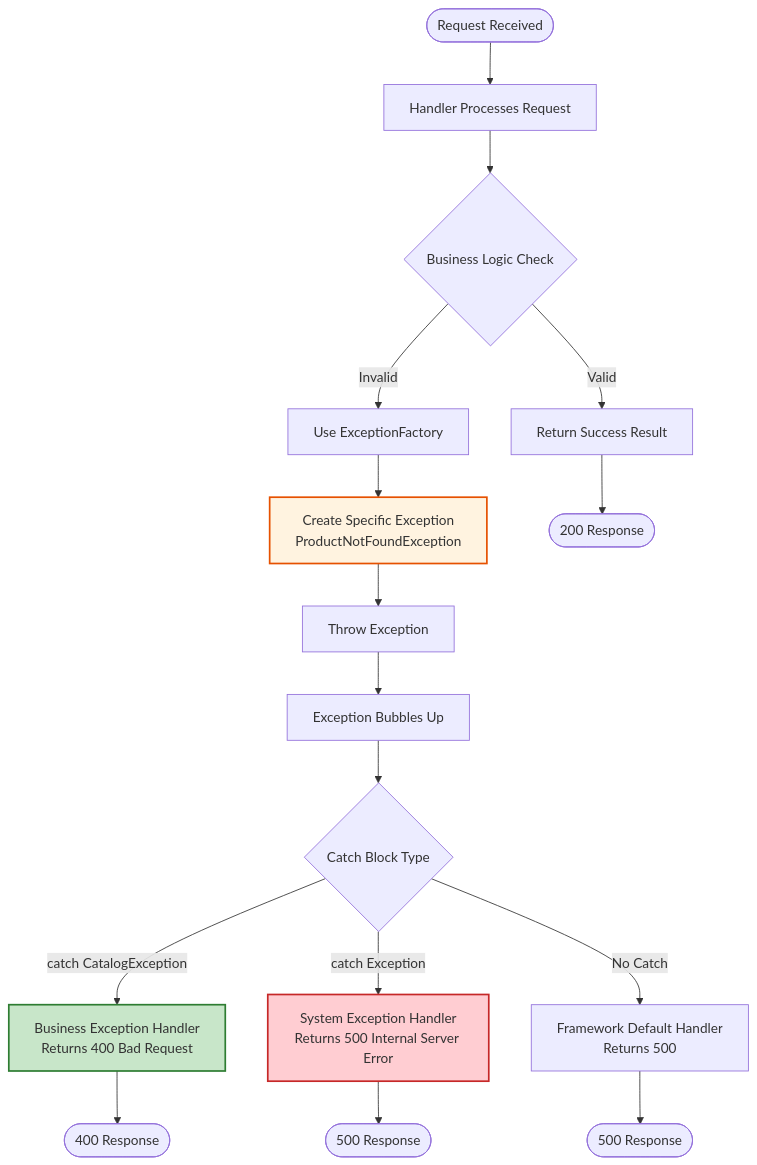
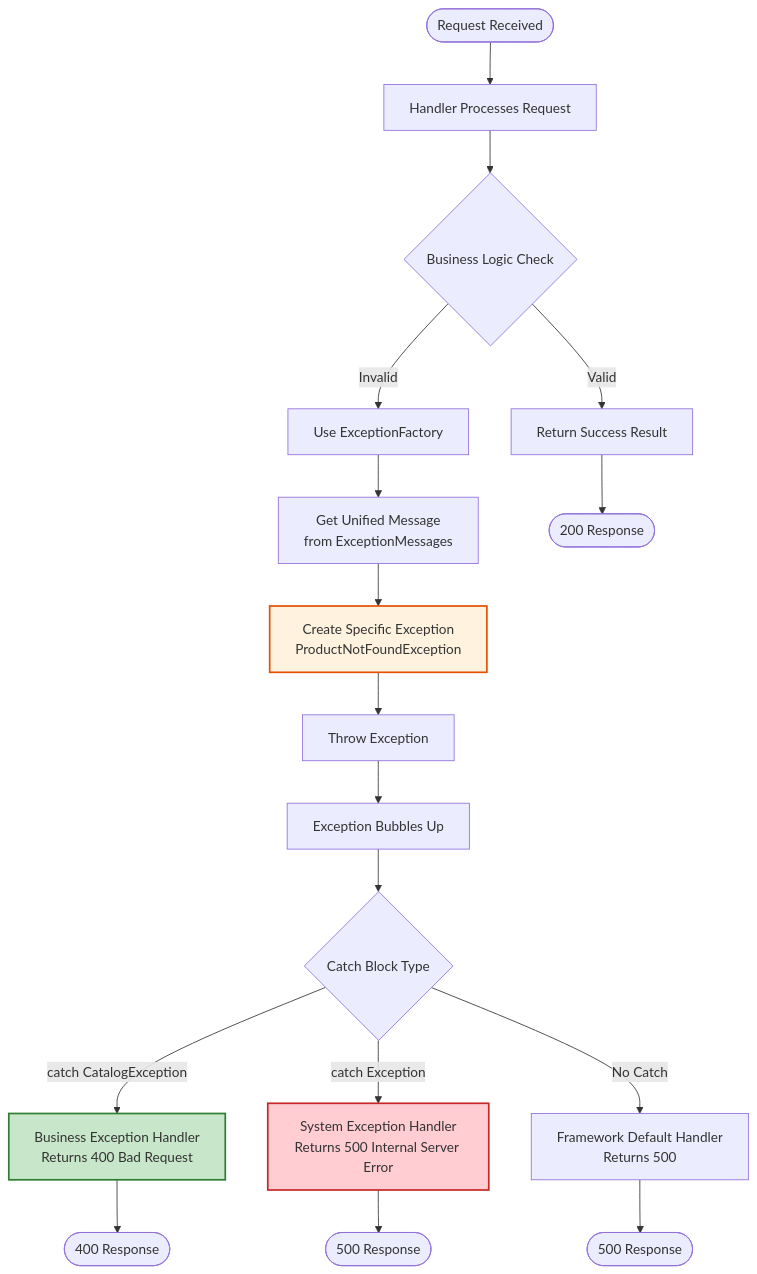
The third of 5 diagrams in src/Services/Catalog/Catalog.API/Exceptions/README.md (hamdyyemad/dotnet-microservices-ecommerce), drawn with Mermaid before and after one commit. The commit also changed other lines of this file and 6 other files, not shown here.

````diff
--- a/src/Services/Catalog/Catalog.API/Exceptions/README.md
+++ b/src/Services/Catalog/Catalog.API/Exceptions/README.md
@@ -96,28 +102,29 @@
 ```mermaid
 flowchart TD
     Start([Request Received])
     Start --> Handler[Handler Processes Request]
     Handler --> Check{Business Logic Check}
 
     Check -->|Valid| Success[Return Success Result]
     Check -->|Invalid| UseFactory[Use ExceptionFactory]
 
-    UseFactory --> Create[Create Specific Exception<br/>ProductNotFoundException]
+    UseFactory --> GetMessage[Get Unified Message<br/>from ExceptionMessages]
+    GetMessage --> Create[Create Specific Exception<br/>ProductNotFoundException]
     Create --> Throw[Throw Exception]
     Throw --> Bubble[Exception Bubbles Up]
 
     Bubble --> Catch{Catch Block Type}
 
     Catch -->|catch CatalogException| BusinessHandler[Business Exception Handler<br/>Returns 400 Bad Request]
     Catch -->|catch Exception| SystemHandler[System Exception Handler<br/>Returns 500 Internal Server Error]
     Catch -->|No Catch| FrameworkHandler[Framework Default Handler<br/>Returns 500]
 
     BusinessHandler --> End1([400 Response])
     SystemHandler --> End2([500 Response])
     FrameworkHandler --> End3([500 Response])
     Success --> End4([200 Response])
 
     style Create fill:#fff3e0,stroke:#e65100,stroke-width:2px
     style BusinessHandler fill:#c8e6c9,stroke:#2e7d32,stroke-width:2px
     style SystemHandler fill:#ffcdd2,stroke:#c62828,stroke-width:2px
 ```
````
